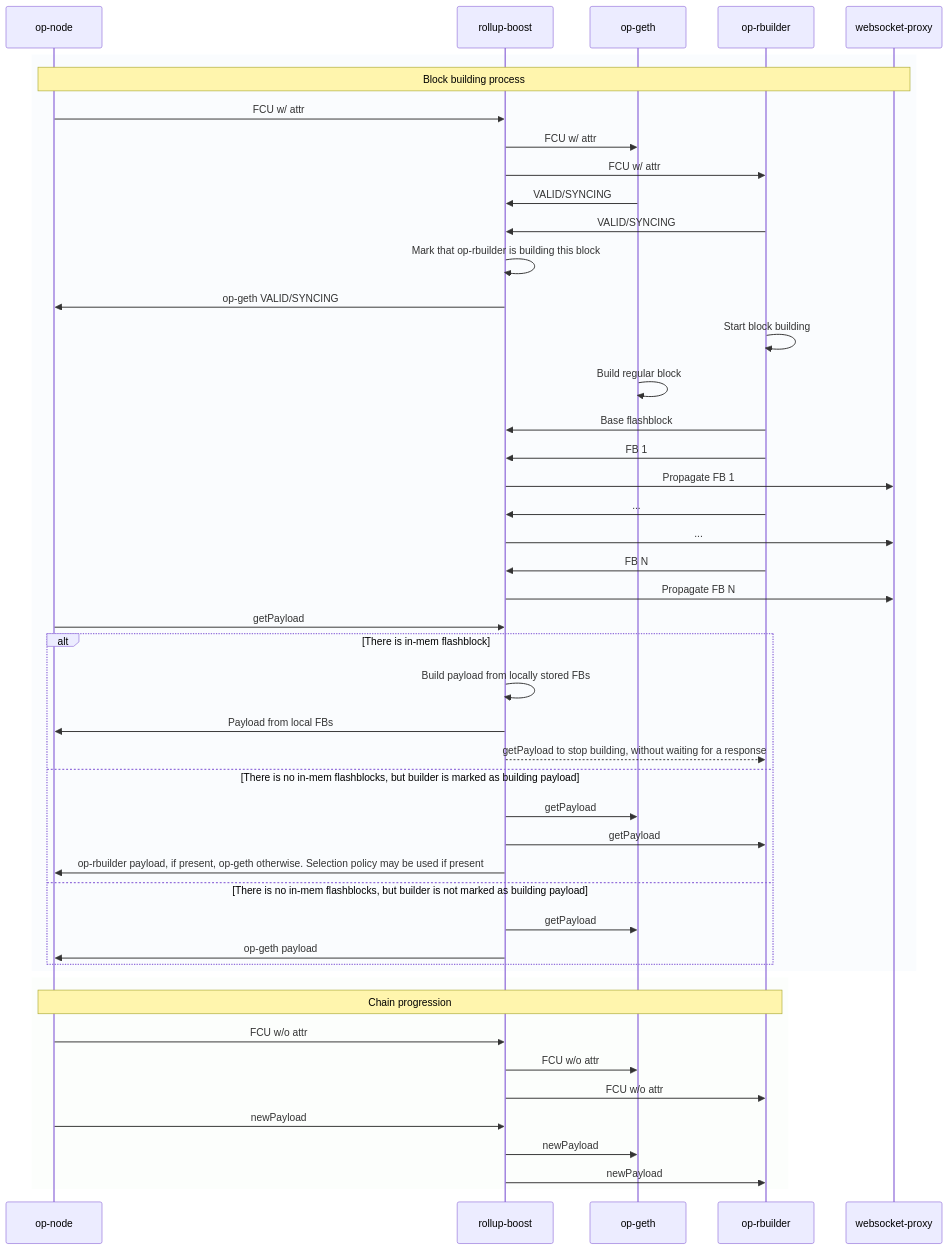
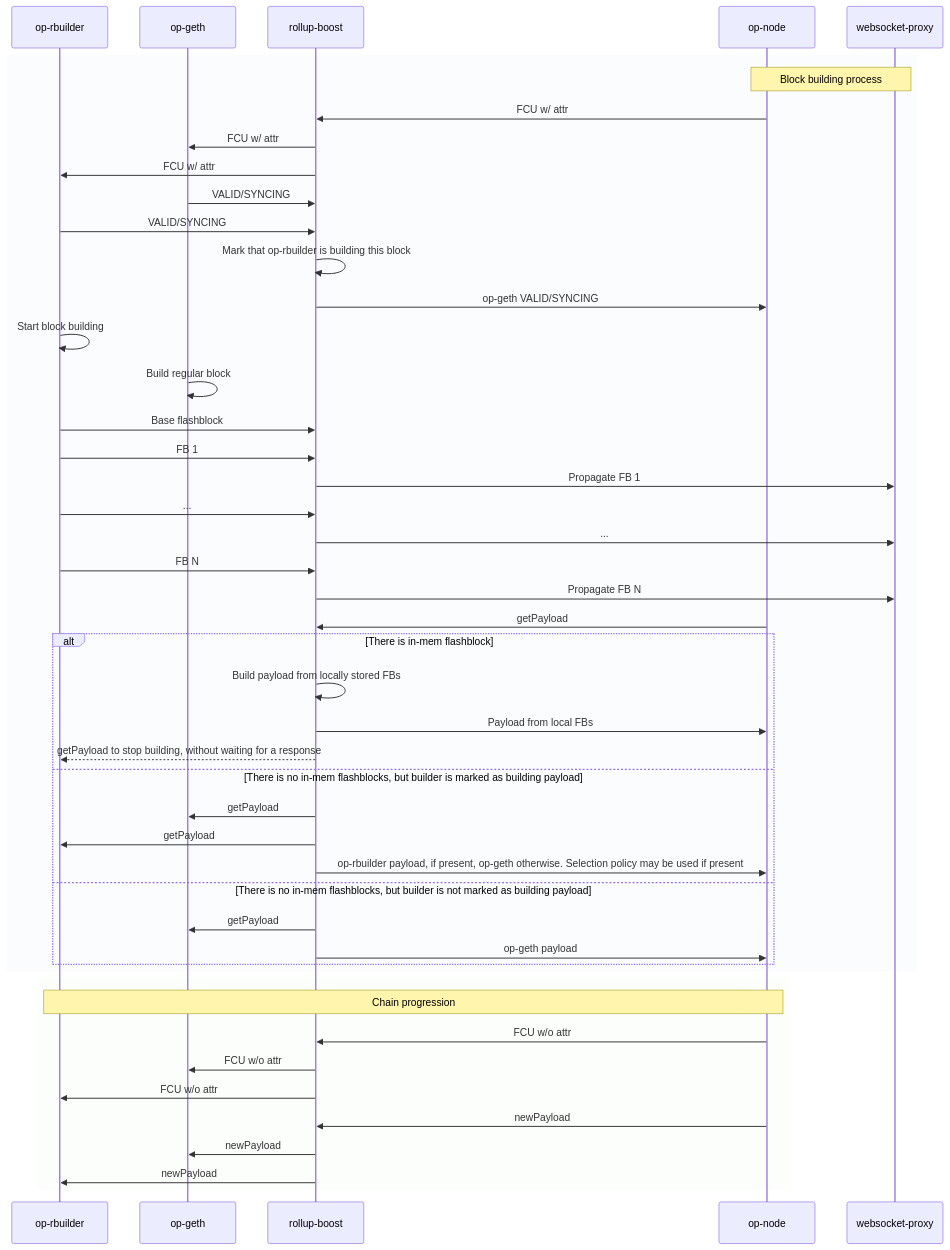
The first of 2 diagrams in docs/flashblocks.md (flashbots/op-rbuilder), drawn with Mermaid before and after one commit. The commit also changed other lines of this file, not shown here.

````diff
--- a/docs/flashblocks.md
+++ b/docs/flashblocks.md
@@ -133,54 +133,54 @@
 ```mermaid
 sequenceDiagram
+    participant OR as op-rbuilder
+    participant OG as op-geth
+    participant RB as rollup-boost
     participant ON as op-node
-    participant RB as rollup-boost
-    participant OG as op-geth
-    participant OR as op-rbuilder
     participant WP as websocket-proxy
 
     rect rgba(230, 240, 250, 0.2)
         note over ON, WP: Block building process
         
         ON->>RB: FCU w/ attr
         RB->>OG: FCU w/ attr
         RB->>OR: FCU w/ attr
         OG->>RB: VALID/SYNCING
         OR->>RB: VALID/SYNCING
         RB->>RB: Mark that op-rbuilder is building this block
         RB->>ON: op-geth VALID/SYNCING
         OR->>OR: Start block building
         OG->>OG: Build regular block
         OR->>RB: Base flashblock
         OR->>RB: FB 1
         RB->>WP: Propagate FB 1
         OR->>RB: ...
         RB->>WP: ...
         OR->>RB: FB N
         RB->>WP: Propagate FB N
         ON->>RB: getPayload
         
         alt There is in-mem flashblock
             RB->>RB: Build payload from locally stored FBs
             RB->>ON: Payload from local FBs
             RB-->>OR: getPayload to stop building, without waiting for a response
         else There is no in-mem flashblocks, but builder is marked as building payload
             RB->>OG: getPayload
             RB->>OR: getPayload
             RB->>ON: op-rbuilder payload, if present, op-geth otherwise. Selection policy may be used if present
         else There is no in-mem flashblocks, but builder is not marked as building payload
             RB->>OG: getPayload
             RB->>ON: op-geth payload
         end
     end
 
     rect rgba(240, 250, 240, 0.2)
         note over ON, OR: Chain progression
         
         ON->>RB: FCU w/o attr
         RB->>OG: FCU w/o attr
         RB->>OR: FCU w/o attr
         ON->>RB: newPayload
         RB->>OG: newPayload
         RB->>OR: newPayload
     end
 ```
````
